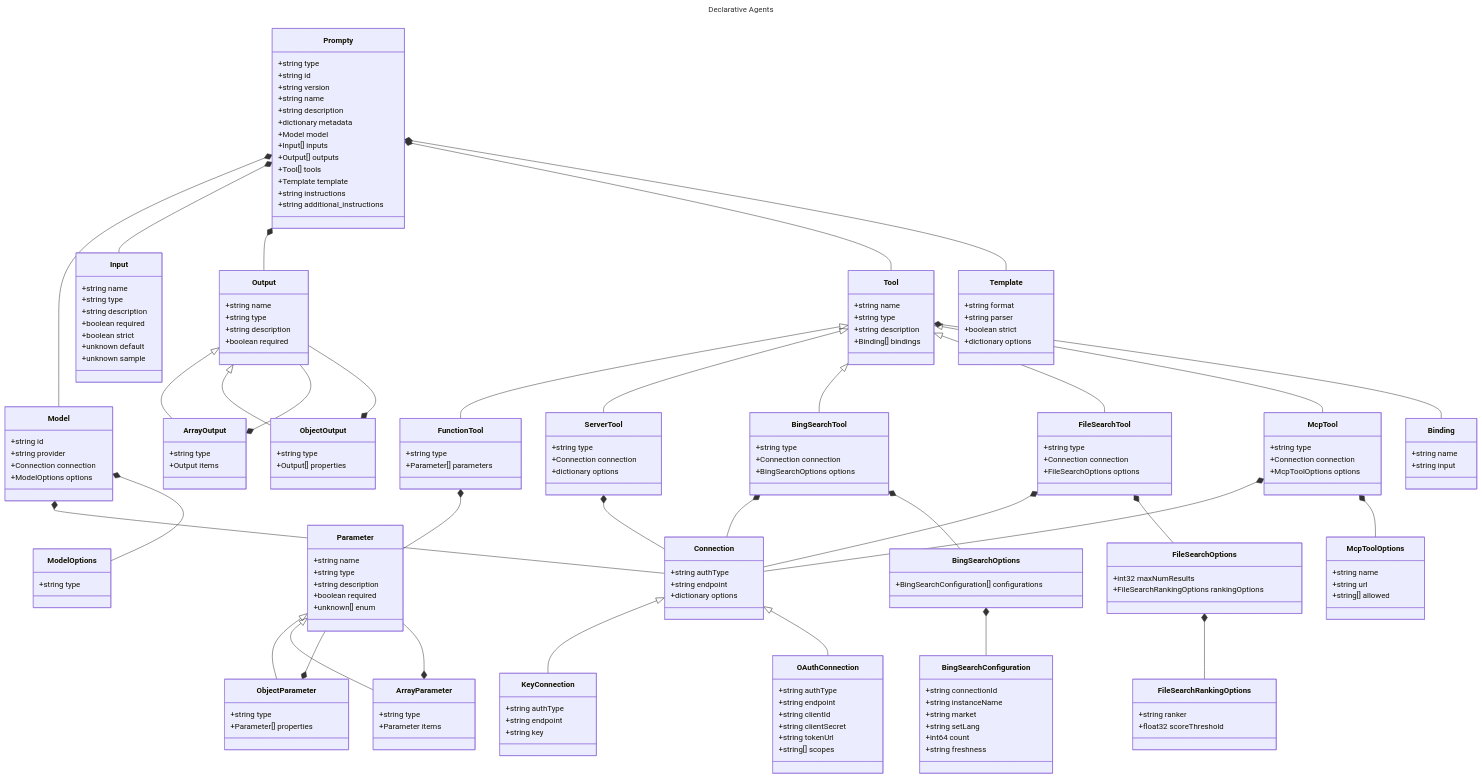
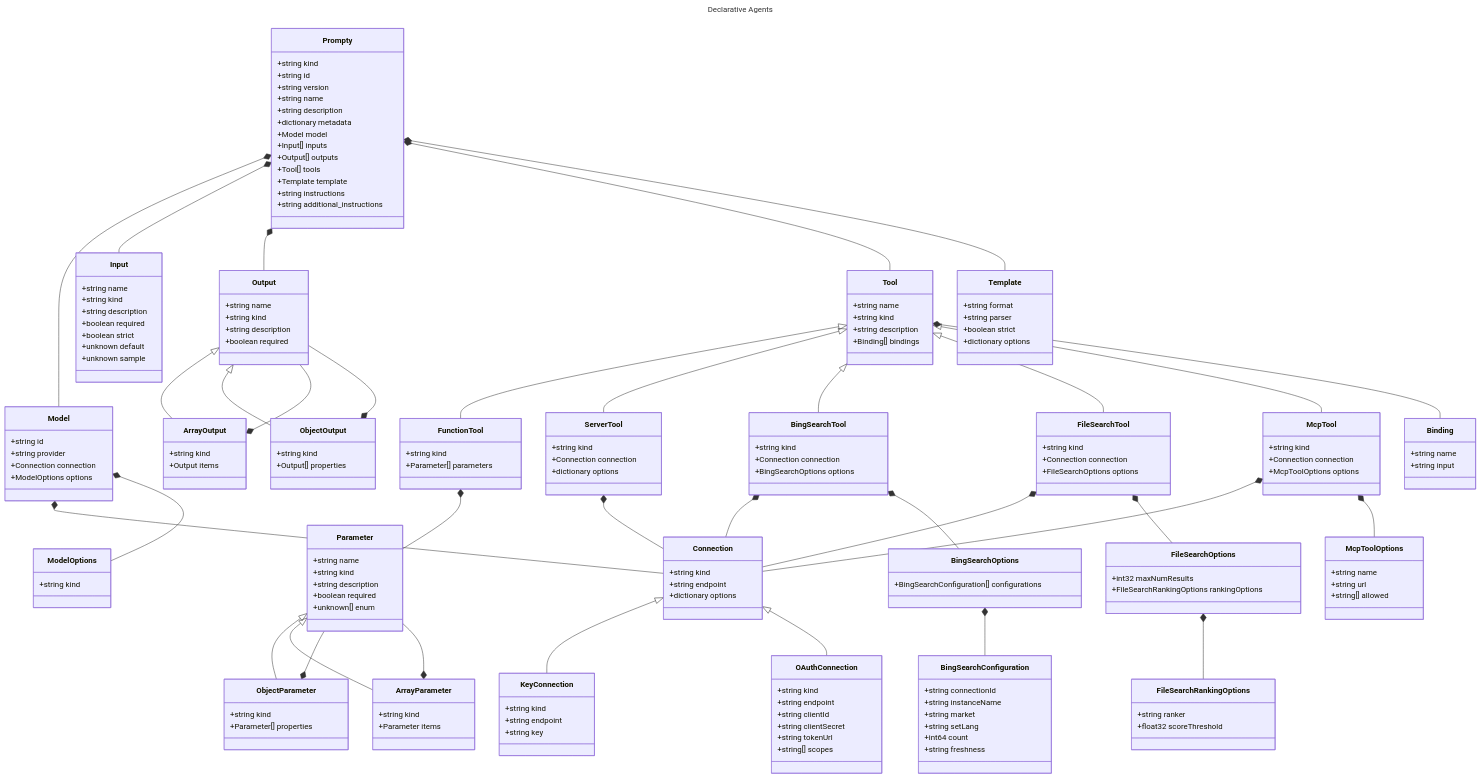
One commit to microsoft/prompty changed the diagram in specification/prompty/docs/README.md. Above: the diagram before and after it, drawn with Mermaid. The commit also changed 27 other files, not shown here.

Commit message:
moved from 'type' to 'kind' throughout the spec

```diff
--- a/specification/prompty/docs/README.md
+++ b/specification/prompty/docs/README.md
@@ -9,17 +9,17 @@
 ---
 classDiagram
     class Connection {
-        +string authType
+        +string kind
         +string endpoint
         +dictionary options
     }
     class KeyConnection {
-        +string authType
+        +string kind
         +string endpoint
         +string key
     }
     class OAuthConnection {
-        +string authType
+        +string kind
         +string endpoint
         +string clientId
         +string clientSecret
@@ -27,7 +27,7 @@
         +string[] scopes
     }
     class ModelOptions {
-        +string type
+        +string kind
     }
     class Model {
         +string id
@@ -37,7 +37,7 @@
     }
     class Input {
         +string name
-        +string type
+        +string kind
         +string description
         +boolean required
         +boolean strict
@@ -46,16 +46,16 @@
     }
     class Output {
         +string name
-        +string type
+        +string kind
         +string description
         +boolean required
     }
     class ObjectOutput {
-        +string type
+        +string kind
         +Output[] properties
     }
     class ArrayOutput {
-        +string type
+        +string kind
         +Output items
     }
     class Binding {
@@ -64,31 +64,31 @@
     }
     class Tool {
         +string name
-        +string type
+        +string kind
         +string description
         +Binding[] bindings
     }
     class Parameter {
         +string name
-        +string type
+        +string kind
         +string description
         +boolean required
         +unknown[] enum
     }
     class ArrayParameter {
-        +string type
+        +string kind
         +Parameter items
     }
     class ObjectParameter {
-        +string type
+        +string kind
         +Parameter[] properties
     }
     class FunctionTool {
-        +string type
+        +string kind
         +Parameter[] parameters
     }
     class ServerTool {
-        +string type
+        +string kind
         +Connection connection
         +dictionary options
     }
@@ -104,7 +104,7 @@
         +BingSearchConfiguration[] configurations
     }
     class BingSearchTool {
-        +string type
+        +string kind
         +Connection connection
         +BingSearchOptions options
     }
@@ -117,7 +117,7 @@
         +FileSearchRankingOptions rankingOptions
     }
     class FileSearchTool {
-        +string type
+        +string kind
         +Connection connection
         +FileSearchOptions options
     }
@@ -127,7 +127,7 @@
         +string[] allowed
     }
     class McpTool {
-        +string type
+        +string kind
         +Connection connection
         +McpToolOptions options
     }
@@ -138,7 +138,7 @@
         +dictionary options
     }
     class Prompty {
-        +string type
+        +string kind
         +string id
         +string version
         +string name
```
